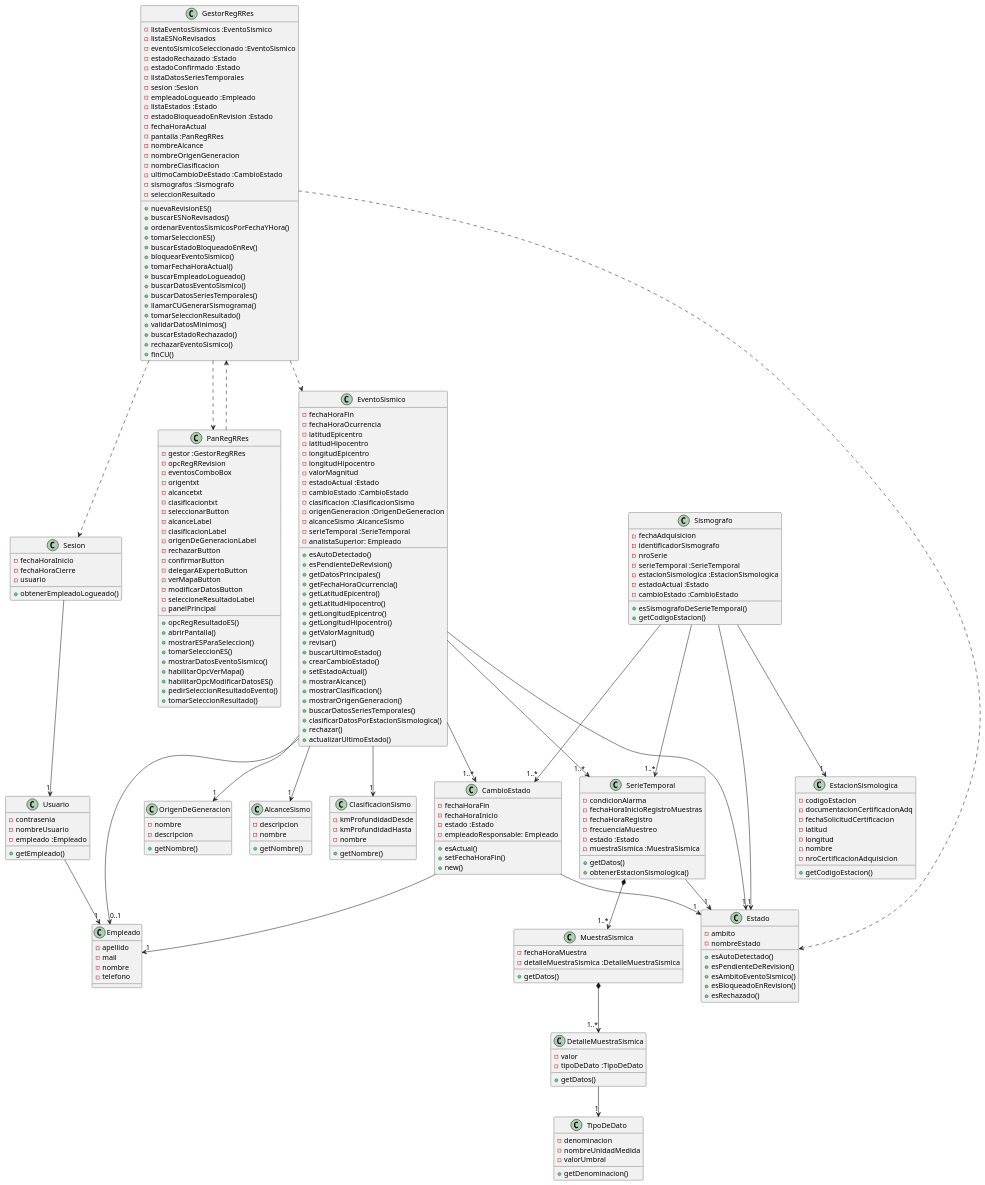
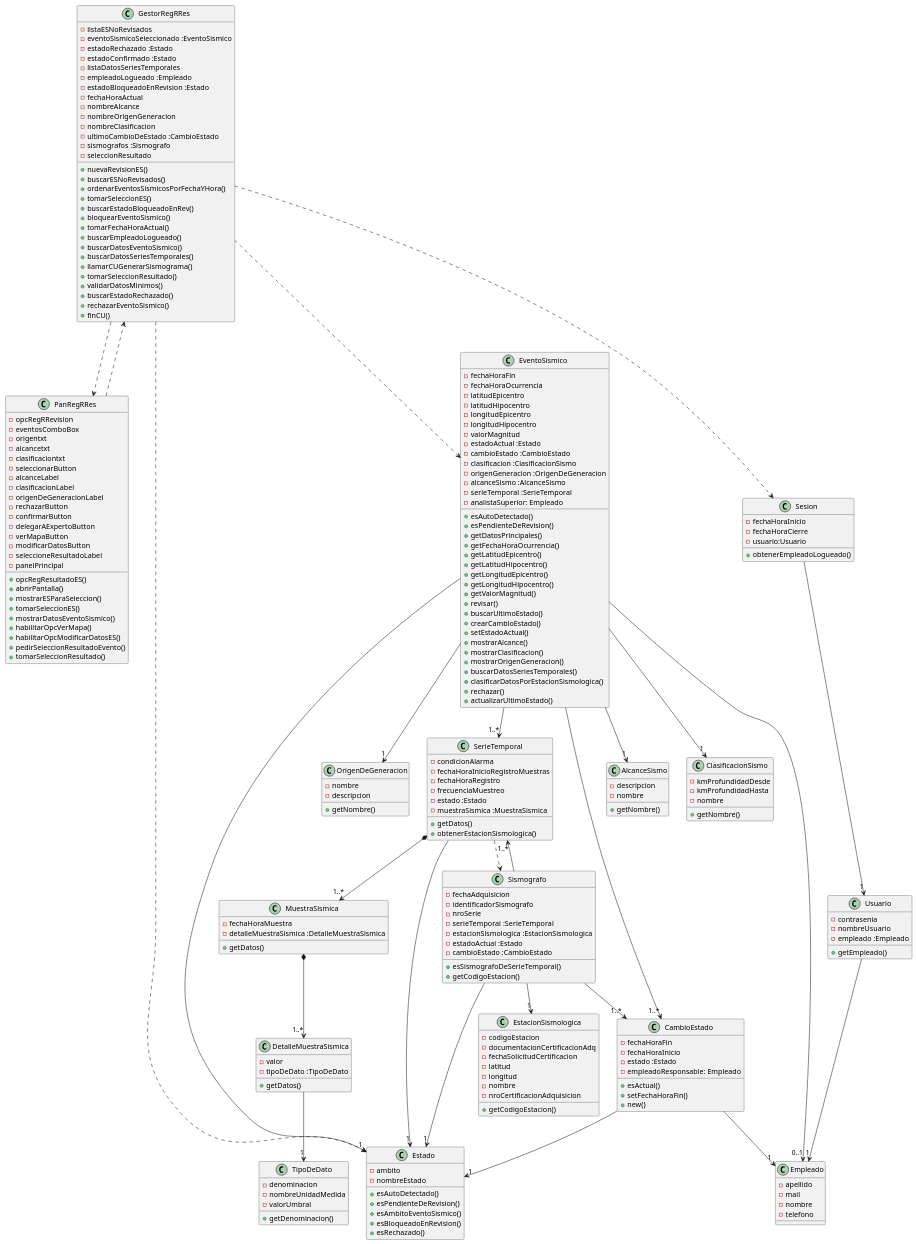
One commit to santiwg/TPI-DS2025-G1 changed the diagram in diagrama-vista-estatica.wsd. Above: the diagram before and after it, drawn with PlantUML.

Commit message:
Modifico vista estática

```diff
--- a/diagrama-vista-estatica.wsd
+++ b/diagrama-vista-estatica.wsd
@@ -1,18 +1,14 @@
 @startuml vista-estatica
 
 class GestorRegRRes{
-    -listaEventosSismicos :EventoSismico
     -listaESNoRevisados
     -eventoSismicoSeleccionado :EventoSismico
     -estadoRechazado :Estado
     -estadoConfirmado :Estado
     -listaDatosSeriesTemporales
-    -sesion :Sesion
     -empleadoLogueado :Empleado
-    -listaEstados :Estado
     -estadoBloqueadoEnRevision :Estado
     -fechaHoraActual
-    -pantalla :PanRegRRes
     -nombreAlcance
     -nombreOrigenGeneracion
     -nombreClasificacion
@@ -39,7 +35,6 @@
 }
 
 class PanRegRRes{
-    -gestor :GestorRegRRes
     -opcRegRRevision
     -eventosComboBox
     -origentxt
@@ -198,7 +193,7 @@
 class Sesion{
     -fechaHoraInicio
     -fechaHoraCierre
-    -usuario
+    -usuario:Usuario
 
     +obtenerEmpleadoLogueado()
 }
@@ -266,6 +261,7 @@
 SerieTemporal *-->"1..*" MuestraSismica
 
 SerieTemporal -->"1"Estado
+SerieTemporal ..> Sismografo
 
 MuestraSismica *-->"1..*" DetalleMuestraSismica
 
```
